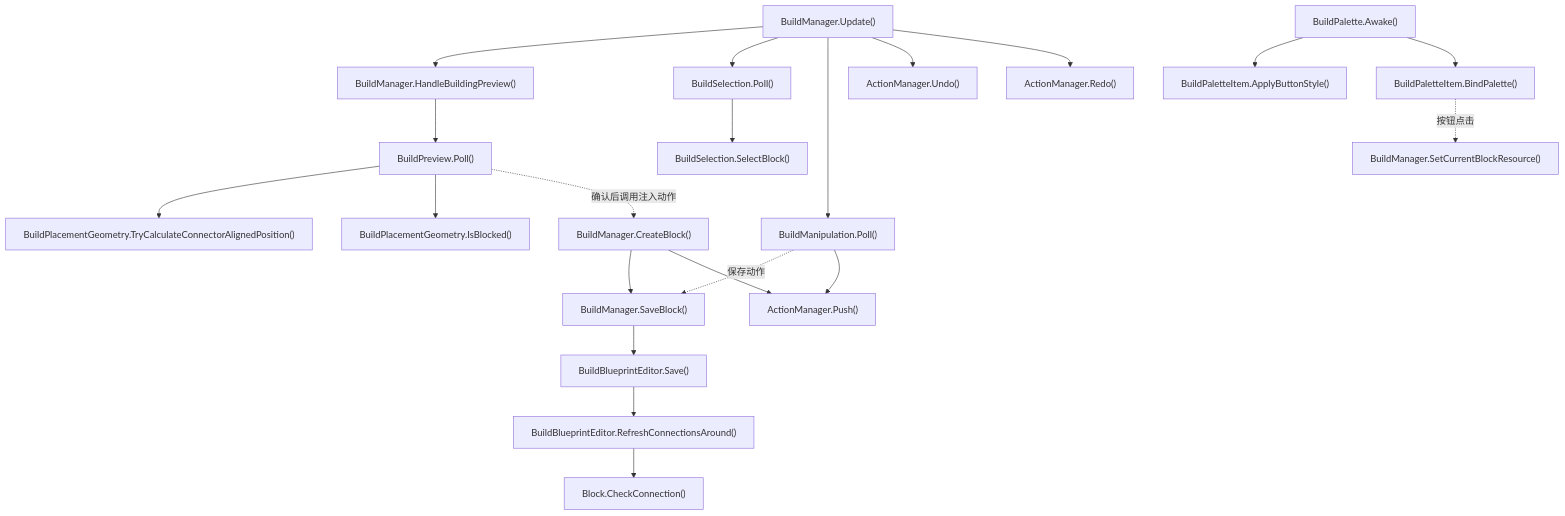
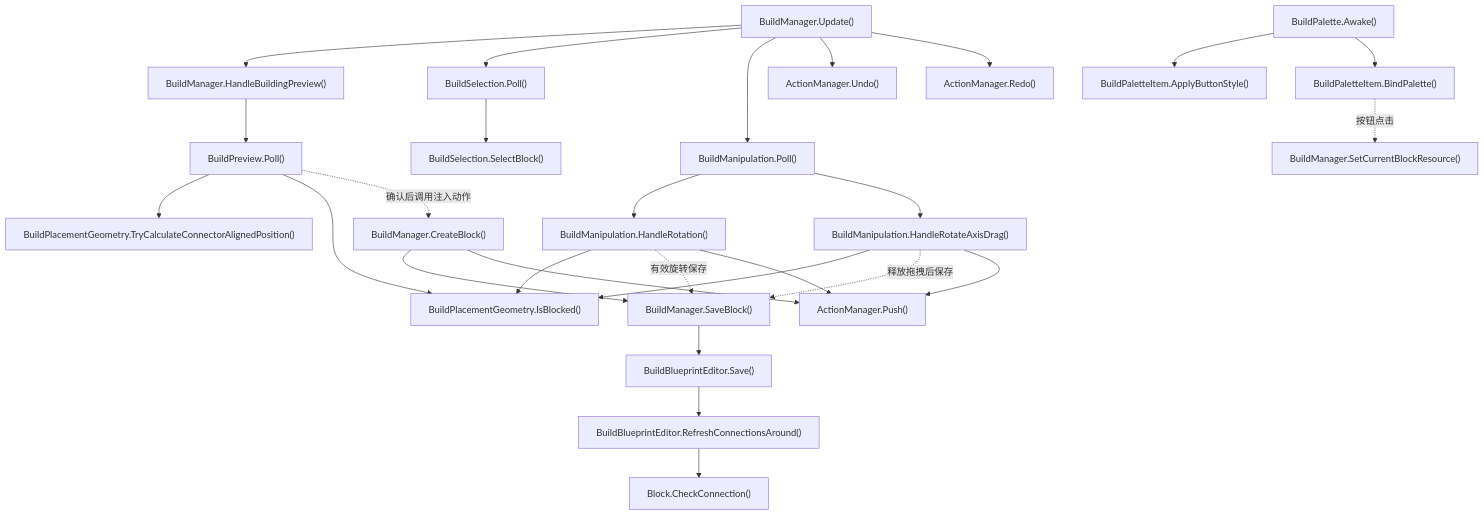
Before and after one commit to kukudia/HY-Sandbox: the sixth of 41 diagrams in Docs/RuntimeFlow.md, drawn with Mermaid. The commit also changed other lines of this file and 6 other files, not shown here.

First line of the commit message:
Fix build rotation center drift and world-axis composition

````diff
--- a/Docs/RuntimeFlow.md
+++ b/Docs/RuntimeFlow.md
@@ -445,63 +445,73 @@
 ```mermaid
 flowchart TD
     A["BuildManager.Update()"]
     click A "../Assets/Scripts/Features/Building/BuildManager.cs#L108" "打开源码"
     B["BuildManager.HandleBuildingPreview()"]
     click B "../Assets/Scripts/Features/Building/BuildManager.cs#L439" "打开源码"
     C["BuildPreview.Poll()"]
     click C "../Assets/Scripts/Features/Building/Interaction/BuildPreview.cs#L41" "打开源码"
     D["BuildPlacementGeometry.TryCalculateConnectorAlignedPosition()"]
     click D "../Assets/Scripts/Features/Building/Interaction/BuildPlacementGeometry.cs#L31" "打开源码"
     E["BuildPlacementGeometry.IsBlocked()"]
     click E "../Assets/Scripts/Features/Building/Interaction/BuildPlacementGeometry.cs#L121" "打开源码"
     F["BuildManager.CreateBlock()"]
     click F "../Assets/Scripts/Features/Building/BuildManager.cs#L473" "打开源码"
     G["BuildManager.SaveBlock()"]
     click G "../Assets/Scripts/Features/Building/BuildManager.cs#L537" "打开源码"
     H["BuildBlueprintEditor.Save()"]
     click H "../Assets/Scripts/Features/Building/Interaction/BuildBlueprintEditor.cs#L17" "打开源码"
     I["BuildBlueprintEditor.RefreshConnectionsAround()"]
     click I "../Assets/Scripts/Features/Building/Interaction/BuildBlueprintEditor.cs#L68" "打开源码"
     J["BuildSelection.Poll()"]
     click J "../Assets/Scripts/Features/Building/Interaction/BuildSelection.cs#L42" "打开源码"
     K["BuildSelection.SelectBlock()"]
     click K "../Assets/Scripts/Features/Building/Interaction/BuildSelection.cs#L80" "打开源码"
     L["BuildManipulation.Poll()"]
     click L "../Assets/Scripts/Features/Building/Interaction/BuildManipulation.cs#L59" "打开源码"
     M["ActionManager.Push()"]
     click M "../Assets/Scripts/Features/Building/ActionManager.cs#L26" "打开源码"
     N["ActionManager.Undo()"]
     click N "../Assets/Scripts/Features/Building/ActionManager.cs#L37" "打开源码"
     O["ActionManager.Redo()"]
     click O "../Assets/Scripts/Features/Building/ActionManager.cs#L50" "打开源码"
     P["Block.CheckConnection()"]
     click P "../Assets/Scripts/Features/Simulation/Block.cs#L360" "打开源码"
     Q["BuildPalette.Awake()"]
     click Q "../Assets/Scripts/Features/Building/BuildPalette.cs#L27" "打开源码"
     R["BuildPaletteItem.ApplyButtonStyle()"]
     click R "../Assets/Scripts/Features/Building/BuildPaletteItem.cs#L45" "打开源码"
     S["BuildPaletteItem.BindPalette()"]
     click S "../Assets/Scripts/Features/Building/BuildPaletteItem.cs#L35" "打开源码"
     T["BuildManager.SetCurrentBlockResource()"]
     click T "../Assets/Scripts/Features/Building/BuildManager.cs#L360" "打开源码"
+    U["BuildManipulation.HandleRotation()"]
+    click U "../Assets/Scripts/Features/Building/Interaction/BuildManipulation.cs#L235" "打开源码"
+    V["BuildManipulation.HandleRotateAxisDrag()"]
+    click V "../Assets/Scripts/Features/Building/Interaction/BuildManipulation.cs#L359" "打开源码"
     A --> B
     B --> C
     C --> D
     C --> E
     C -.->|确认后调用注入动作| F
     F --> G
     G --> H
     H --> I
     I --> P
     F --> M
     A --> J
     J --> K
     A --> L
-    L -.->|保存动作| G
-    L --> M
+    L --> U
+    L --> V
+    U --> E
+    V --> E
+    U -.->|有效旋转保存| G
+    V -.->|释放拖拽后保存| G
+    U --> M
+    V --> M
     A --> N
     A --> O
     Q --> R
     Q --> S
     S -.->|按钮点击| T
 ```
````
